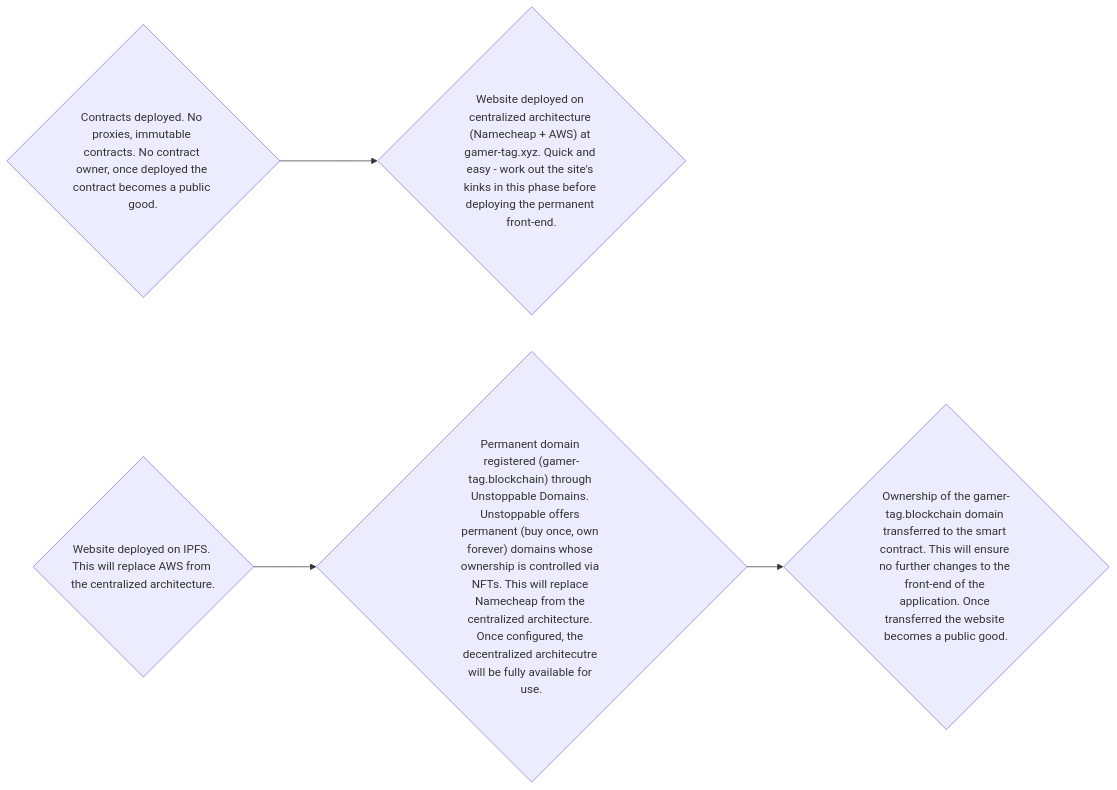
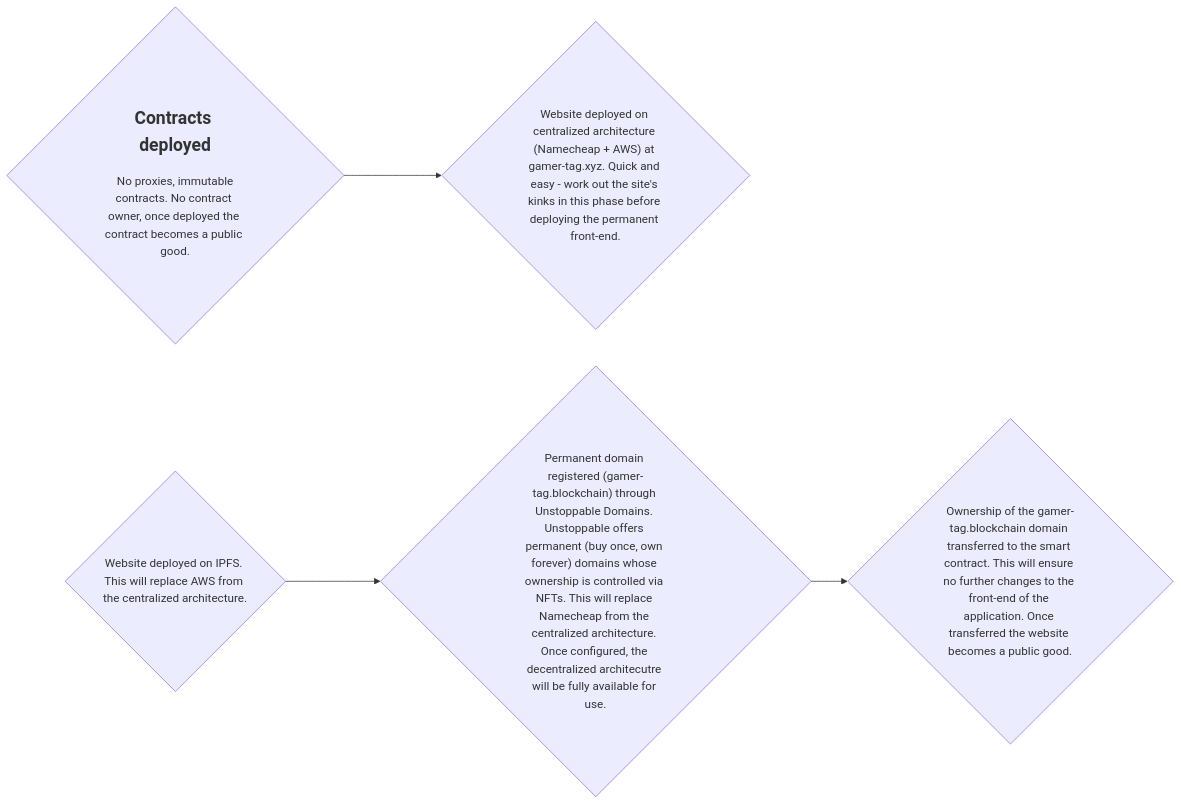
The diagram in README.md (TerryJHarrison/gamer-tag), drawn with Mermaid before and after one commit.

````diff
--- a/README.md
+++ b/README.md
@@ -9,12 +9,12 @@
 ```mermaid
 flowchart LR
-	A{"Contracts deployed. No proxies, immutable contracts. No contract owner, once deployed the contract becomes a public good."}
+	A{"<h2>Contracts deployed</h2> No proxies, immutable contracts. No contract owner, once deployed the contract becomes a public good."}
 	B{"Website deployed on centralized architecture (Namecheap + AWS) at gamer-tag.xyz. Quick and easy - work out the site's kinks in this phase before deploying the permanent front-end."}
 	C{"Website deployed on IPFS. This will replace AWS from the centralized architecture."}
 	D{"Permanent domain registered (gamer-tag.blockchain) through Unstoppable Domains. Unstoppable offers permanent (buy once, own forever) domains whose ownership is controlled via NFTs. This will replace Namecheap from the centralized architecture. Once configured, the decentralized architecutre will be fully available for use."}
 	E{"Ownership of the gamer-tag.blockchain domain transferred to the smart contract. This will ensure no further changes to the front-end of the application. Once transferred the website becomes a public good."}
 	A --> B
 	C --> D --> E 
 	
 	style A text-size:22px;
 ```
````
